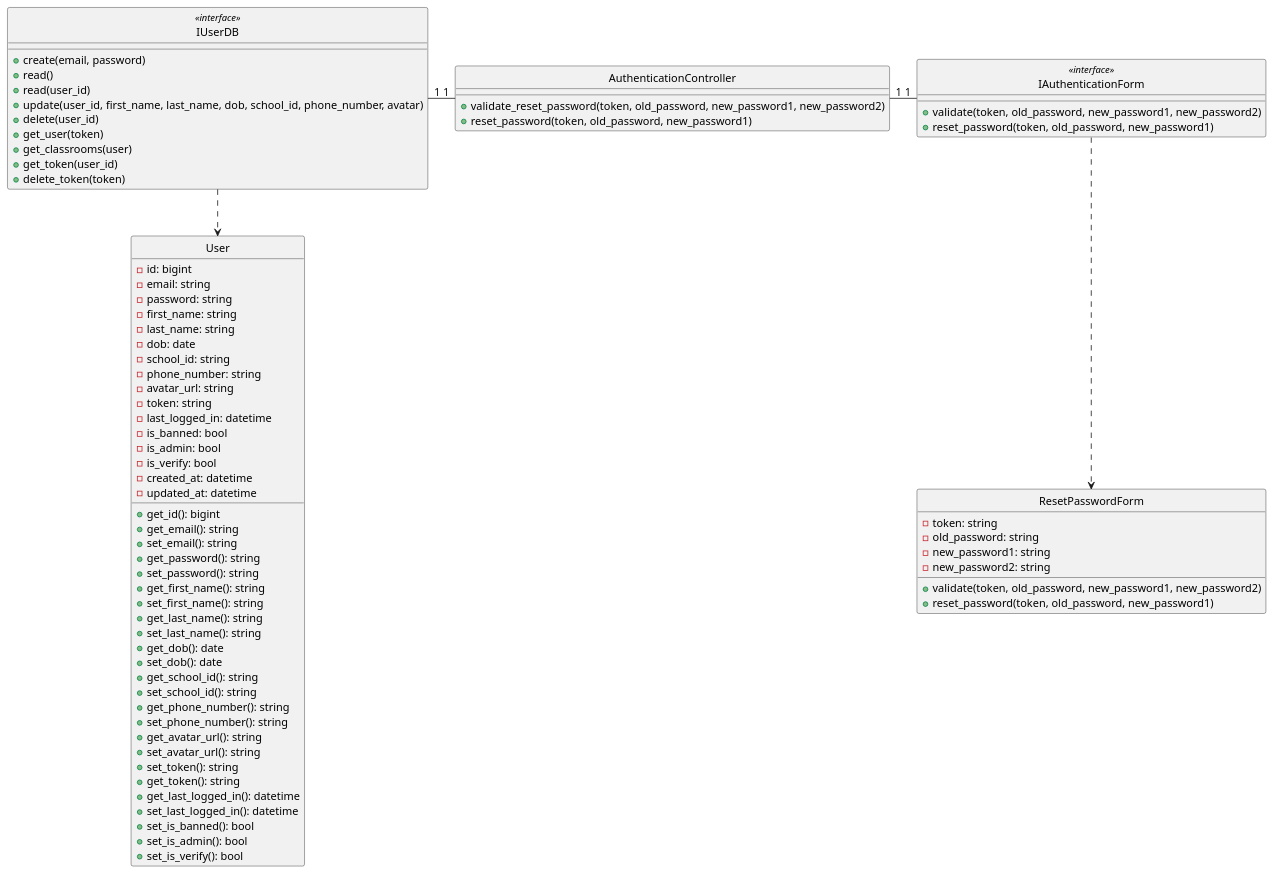
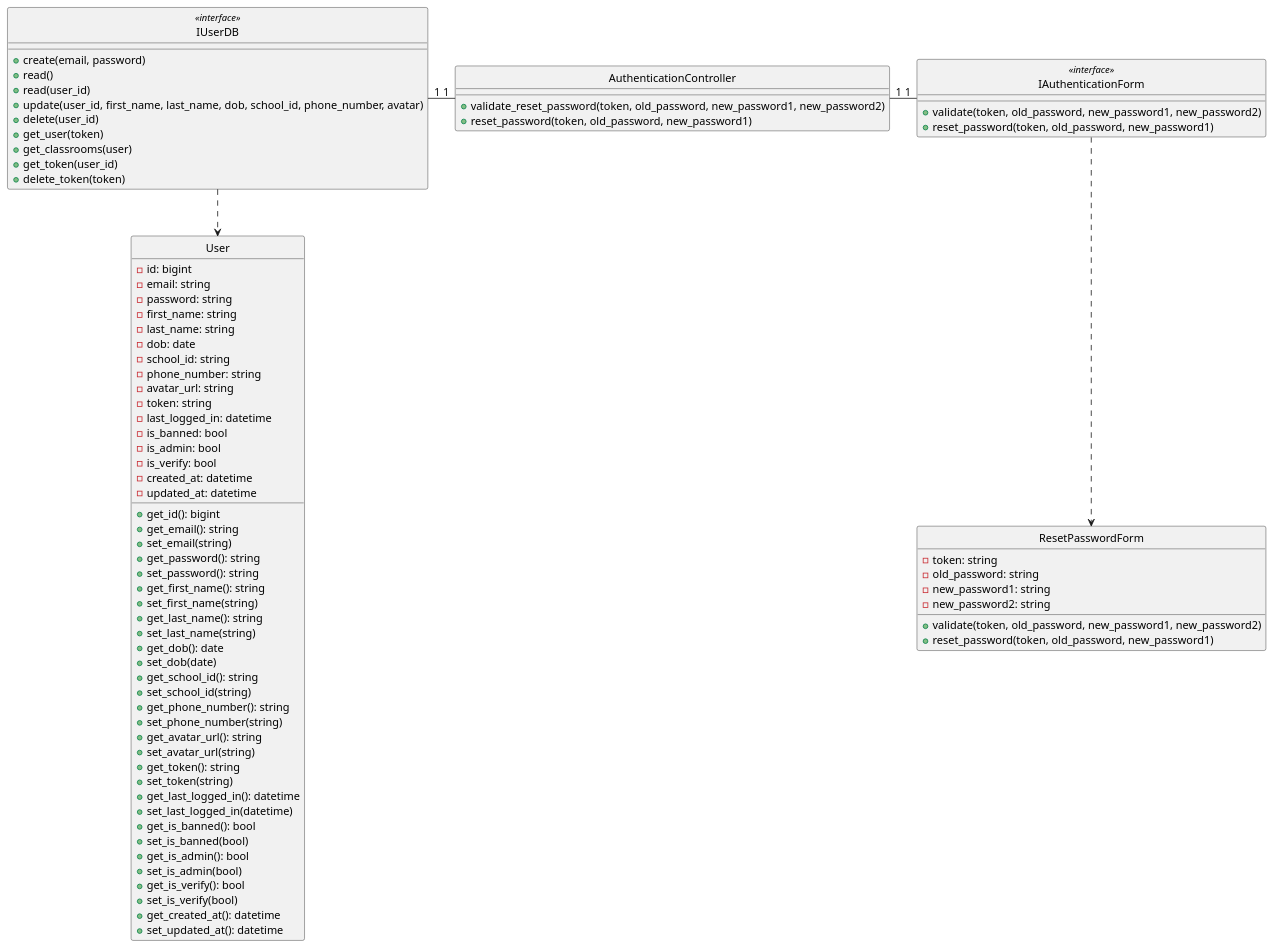
Before and after one commit to anonyhostvn/OOAD-Diagram: the diagram in class - design/authentication/resetPassword.plantuml, drawn with PlantUML. The commit also changed 6 other files, not shown here.

Commit message:
suaUsercuaClassDiagram

```diff
--- a/class - design/authentication/resetPassword.plantuml
+++ b/class - design/authentication/resetPassword.plantuml
@@ -1,90 +1,95 @@
 @startuml createClass
 
 class User {
     - id: bigint
     - email: string
     - password: string
     - first_name: string
     - last_name: string
     - dob: date
     - school_id: string
     - phone_number: string
     - avatar_url: string
     - token: string
     - last_logged_in: datetime
     - is_banned: bool
     - is_admin: bool
     - is_verify: bool
     - created_at: datetime
     - updated_at: datetime
 
     + get_id(): bigint
     + get_email(): string
-    + set_email(): string
+    + set_email(string)
     + get_password(): string
     + set_password(): string
     + get_first_name(): string
-    + set_first_name(): string
+    + set_first_name(string)
     + get_last_name(): string
-    + set_last_name(): string
+    + set_last_name(string)
     + get_dob(): date
-    + set_dob(): date
+    + set_dob(date)
     + get_school_id(): string
-    + set_school_id(): string
+    + set_school_id(string)
     + get_phone_number(): string
-    + set_phone_number(): string
+    + set_phone_number(string)
     + get_avatar_url(): string
-    + set_avatar_url(): string
-    + set_token(): string
+    + set_avatar_url(string)
     + get_token(): string
+    + set_token(string)
     + get_last_logged_in(): datetime
-    + set_last_logged_in(): datetime
-    + set_is_banned(): bool
-    + set_is_admin(): bool
-    + set_is_verify(): bool
+    + set_last_logged_in(datetime)
+    + get_is_banned(): bool
+    + set_is_banned(bool)
+    + get_is_admin(): bool
+    + set_is_admin(bool)
+    + get_is_verify(): bool
+    + set_is_verify(bool)
+    + get_created_at(): datetime
+    + set_updated_at(): datetime
 }
 
 class IUserDB <<interface>> {
     + create(email, password)
     + read()
     + read(user_id)
     + update(user_id, first_name, last_name, dob, school_id, phone_number, avatar)
     + delete(user_id)
     + get_user(token)
     + get_classrooms(user)
     + get_token(user_id)
     + delete_token(token)
 }
 
 class ResetPasswordForm {
     - token: string
     - old_password: string
     - new_password1: string
     - new_password2: string
 
     + validate(token, old_password, new_password1, new_password2)
     + reset_password(token, old_password, new_password1)
 }
 
 class IAuthenticationForm <<interface>> {
     + validate(token, old_password, new_password1, new_password2)
     + reset_password(token, old_password, new_password1)
 }
 
 class AuthenticationController {
     + validate_reset_password(token, old_password, new_password1, new_password2)
     + reset_password(token, old_password, new_password1)
 }
 
 hide User circle
 hide IUserDB <<interface>> circle
 hide ResetPasswordForm circle
 hide IAuthenticationForm <<interface>> circle
 hide AuthenticationController circle
 
 IUserDB -down.> User
 IAuthenticationForm .down.> ResetPasswordForm
 AuthenticationController "1"-left-"1" IUserDB
 IAuthenticationForm "1"-left-"1" AuthenticationController
 
 @enduml
```
